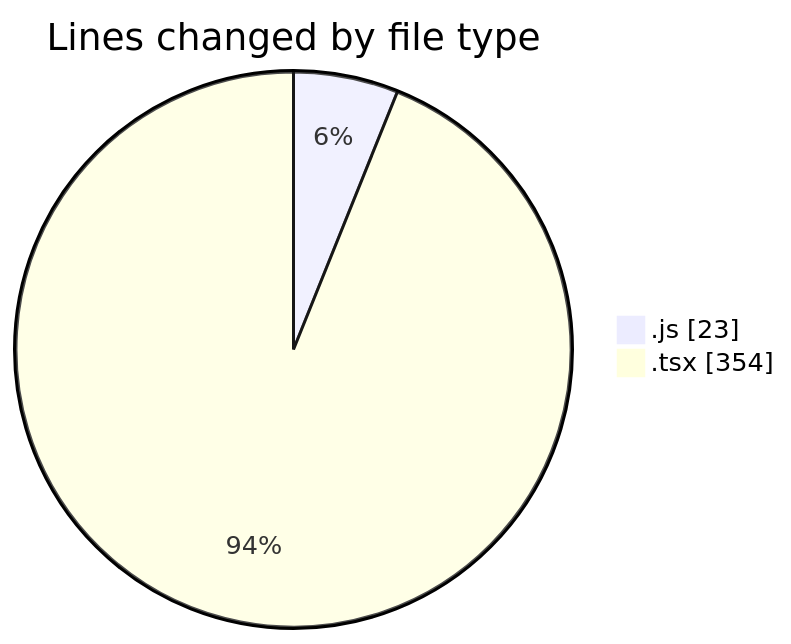
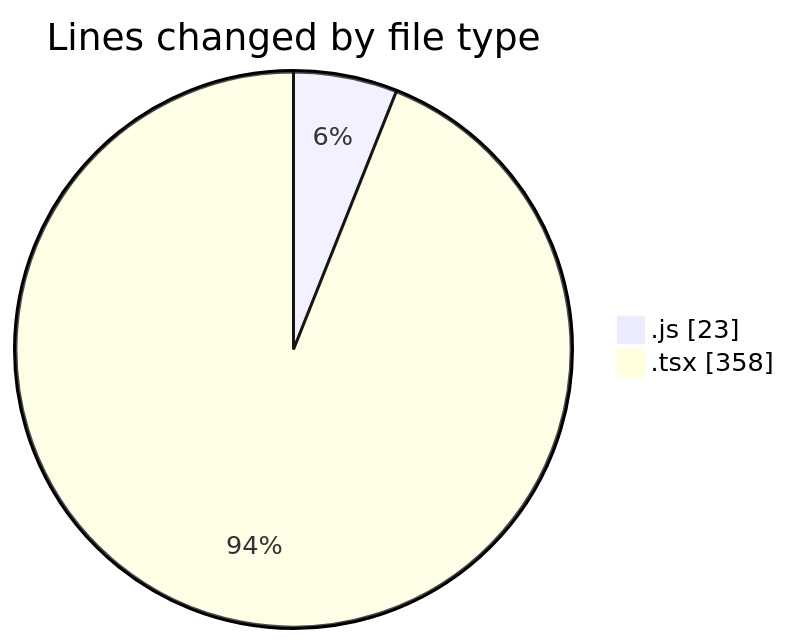
One commit to donsfak/code-tracking changed the first of 2 diagrams in 2025-09-28/portofolio/README.md. Above: the diagram before and after it, drawn with Mermaid. The commit also changed other lines of this file and 1 other file, not shown here.

````diff
--- a/2025-09-28/portofolio/README.md
+++ b/2025-09-28/portofolio/README.md
@@ -22,6 +22,6 @@
 ```mermaid
 pie showData
 title Lines changed by file type
 ".js" : 23
-".tsx" : 354
+".tsx" : 358
 ```
````
